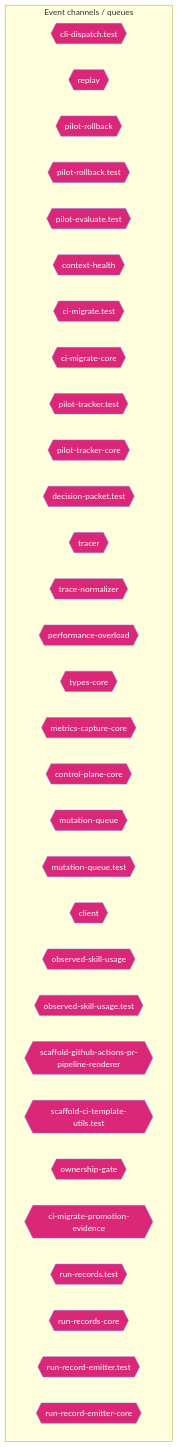
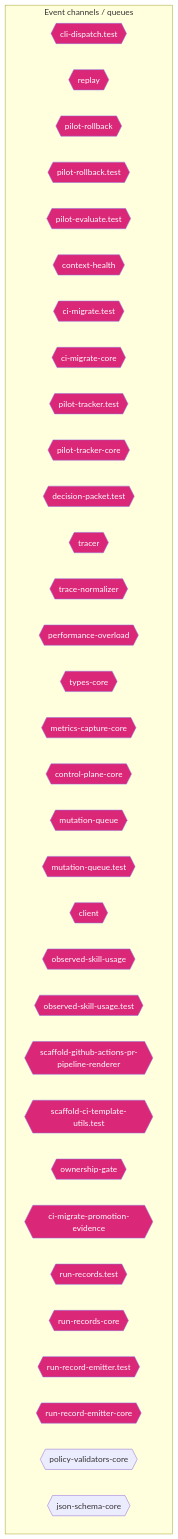
The ninth of 14 diagrams in AI/context/diagram-context.md (jscraik/coding-harness), drawn with Mermaid before and after one commit. The commit also changed other lines of this file and 18 other files, not shown here.

First line of the commit message:
Codex/jsc 198 flowops closure evidence (#241)

````diff
--- a/AI/context/diagram-context.md
+++ b/AI/context/diagram-context.md
@@ -1558,38 +1559,40 @@
 ```mermaid
 flowchart TD
   subgraph Channels["Event channels / queues"]
     cli_dispatch_test_54c9f17b{{"cli-dispatch.test"}}
     replay_ac203c98{{"replay"}}
     pilot_rollback_00c1f82c{{"pilot-rollback"}}
     pilot_rollback_test_e61d5a2b{{"pilot-rollback.test"}}
     pilot_evaluate_test_a2ac06fc{{"pilot-evaluate.test"}}
     context_health_80bb7da9{{"context-health"}}
     ci_migrate_test_2a015bb9{{"ci-migrate.test"}}
     ci_migrate_core_7005b5af{{"ci-migrate-core"}}
     pilot_tracker_test_80398a66{{"pilot-tracker.test"}}
     pilot_tracker_core_80d8ac96{{"pilot-tracker-core"}}
     decision_packet_test_9ea0e97b{{"decision-packet.test"}}
     tracer_1e6243a2{{"tracer"}}
     trace_normalizer_cb1be1d2{{"trace-normalizer"}}
     performance_overload_c685bfcf{{"performance-overload"}}
     types_core_e405ddca{{"types-core"}}
     metrics_capture_core_db4bf7cf{{"metrics-capture-core"}}
     control_plane_core_db3b4cb2{{"control-plane-core"}}
     mutation_queue_ce5a530e{{"mutation-queue"}}
     mutation_queue_test_10b599e8{{"mutation-queue.test"}}
     client_1_914e1681{{"client"}}
     observed_skill_usage_ed7d5930{{"observed-skill-usage"}}
     observed_skill_usage_test_311c215a{{"observed-skill-usage.test"}}
     scaffold_github_actions_pr_pipeline_renderer_1ee18de5{{"scaffold-github-actions-pr-pipeline-renderer"}}
     scaffold_ci_template_utils_test_b94825d9{{"scaffold-ci-template-utils.test"}}
     ownership_gate_2e194d13{{"ownership-gate"}}
     ci_migrate_promotion_evidence_1a2dc527{{"ci-migrate-promotion-evidence"}}
     run_records_test_3ee6a0e3{{"run-records.test"}}
     run_records_core_89286dfa{{"run-records-core"}}
     run_record_emitter_test_5475c0da{{"run-record-emitter.test"}}
     run_record_emitter_core_688049d5{{"run-record-emitter-core"}}
+    policy_validators_core_714a3fe7{{"policy-validators-core"}}
+    json_schema_core_96d7e328{{"json-schema-core"}}
   end
   classDef eventNode fill:#db2777,color:#fff
   class cli_dispatch_test_54c9f17b,replay_ac203c98,pilot_rollback_00c1f82c,pilot_rollback_test_e61d5a2b,pilot_evaluate_test_a2ac06fc,context_health_80bb7da9,ci_migrate_test_2a015bb9,ci_migrate_core_7005b5af,pilot_tracker_test_80398a66,pilot_tracker_core_80d8ac96,decision_packet_test_9ea0e97b,tracer_1e6243a2,trace_normalizer_cb1be1d2,performance_overload_c685bfcf,types_core_e405ddca,metrics_capture_core_db4bf7cf,control_plane_core_db3b4cb2,mutation_queue_ce5a530e,mutation_queue_test_10b599e8,client_1_914e1681,observed_skill_usage_ed7d5930,observed_skill_usage_test_311c215a,scaffold_github_actions_pr_pipeline_renderer_1ee18de5,scaffold_ci_template_utils_test_b94825d9,ownership_gate_2e194d13,ci_migrate_promotion_evidence_1a2dc527,run_records_test_3ee6a0e3,run_records_core_89286dfa,run_record_emitter_test_5475c0da,run_record_emitter_core_688049d5 eventNode
 
 ```
````
